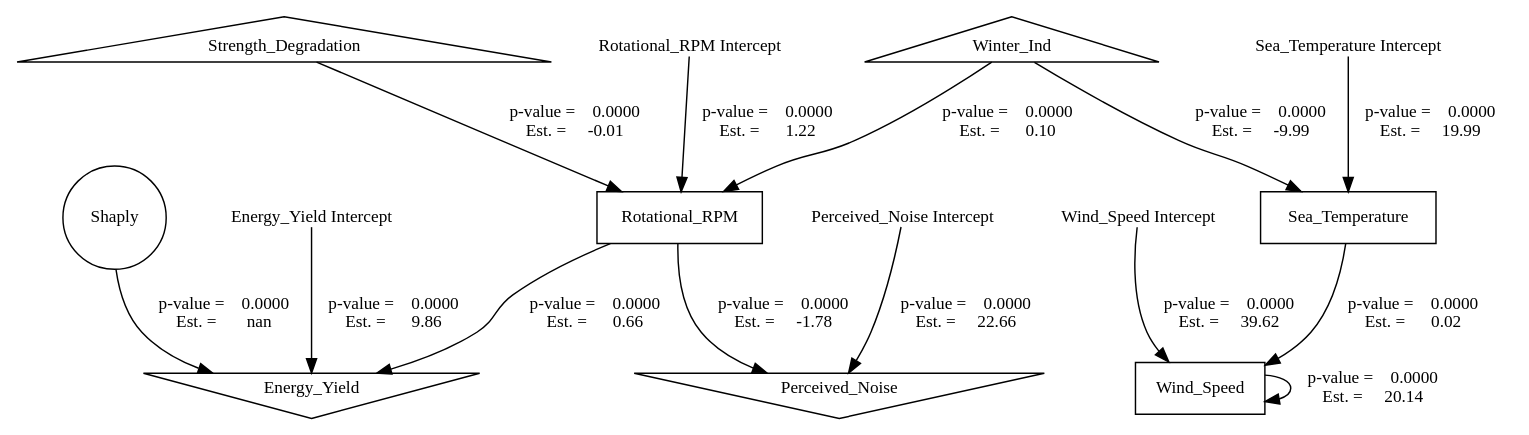
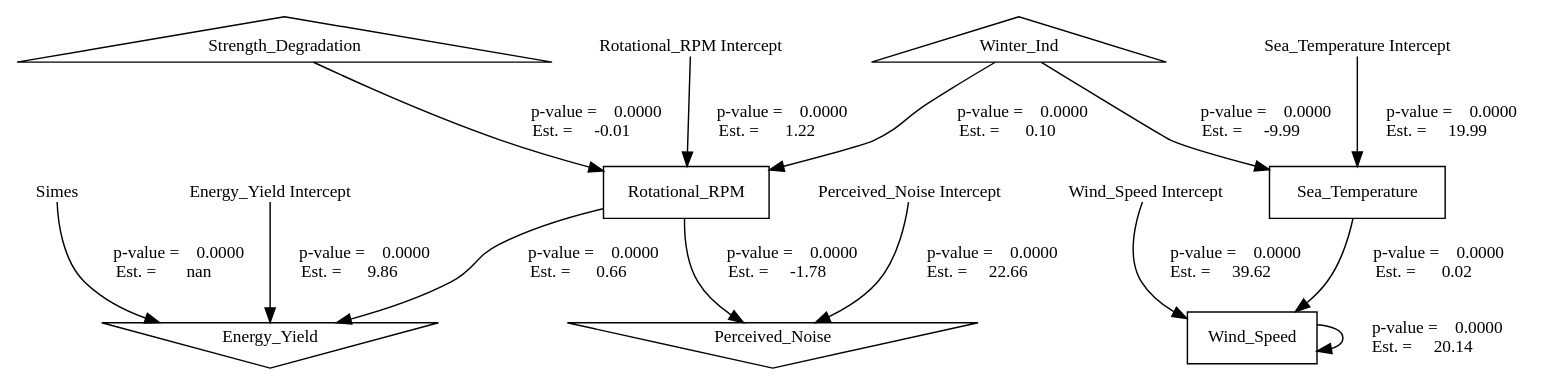
Before and after one commit to elikling/FDCR_causality: the diagram in notebooks/FDCR_model_estimates_01.gv, drawn with Graphviz. The commit also changed 16 other files, not shown here.

```diff
--- a/notebooks/FDCR_model_estimates_01.gv
+++ b/notebooks/FDCR_model_estimates_01.gv
@@ -1,61 +1,61 @@
 digraph FDCR_model_estimates_01 {
 	overlap=scale
 	splines=True
 	edge [fontsize=12]
 	node [fillcolor=white]
 	node [color=black]
 	node [shape=""]
 	node [style=filled]
 	node [fontsize=12]
-	node [shape=circle]
-	Shaply [label=Shaply]
+	node [shape=plain]
+	Simes [label=Simes]
 	node [shape=triangle]
 	Winter_Ind [label=Winter_Ind]
 	Strength_Degradation [label=Strength_Degradation]
-	Shaply [label=Shaply]
+	Simes [label=Simes]
 	node [shape=invtriangle]
 	Energy_Yield [label=Energy_Yield]
 	Perceived_Noise [label=Perceived_Noise]
 	node [shape=box]
 	Sea_Temperature [label=Sea_Temperature]
 	Wind_Speed [label=Wind_Speed]
 	Rotational_RPM [label=Rotational_RPM]
 	Energy_Yield [label=Energy_Yield]
 	Perceived_Noise [label=Perceived_Noise]
 	Winter_Ind [label=Winter_Ind]
 	Strength_Degradation [label=Strength_Degradation]
 	node [shape=plain]
 	node [fillcolor=white]
 	node [color=white]
 	"Sea_Temperature Intercept" [label="Sea_Temperature Intercept"]
 	"Wind_Speed Intercept" [label="Wind_Speed Intercept"]
 	"Rotational_RPM Intercept" [label="Rotational_RPM Intercept"]
 	"Energy_Yield Intercept" [label="Energy_Yield Intercept"]
 	"Perceived_Noise Intercept" [label="Perceived_Noise Intercept"]
-	"Sea_Temperature Intercept" -> Sea_Temperature [label="p-value =    0.0000
- Est. =     19.99" color=black lblstyle="above, sloped"]
-	Winter_Ind -> Sea_Temperature [label="p-value =    0.0000
- Est. =     -9.99" color=black lblstyle="above, sloped"]
-	"Wind_Speed Intercept" -> Wind_Speed [label="p-value =    0.0000
- Est. =     39.62" color=black lblstyle="above, sloped"]
-	Sea_Temperature -> Wind_Speed [label="p-value =    0.0000
- Est. =      0.02" color=black lblstyle="above, sloped"]
-	Wind_Speed -> Wind_Speed [label="p-value =    0.0000
- Est. =     20.14" color=black lblstyle="above, sloped"]
-	"Rotational_RPM Intercept" -> Rotational_RPM [label="p-value =    0.0000
- Est. =      1.22" color=black lblstyle="above, sloped"]
-	Strength_Degradation -> Rotational_RPM [label="p-value =    0.0000
- Est. =     -0.01" color=black lblstyle="above, sloped"]
-	Winter_Ind -> Rotational_RPM [label="p-value =    0.0000
- Est. =      0.10" color=black lblstyle="above, sloped"]
-	"Energy_Yield Intercept" -> Energy_Yield [label="p-value =    0.0000
- Est. =      9.86" color=black lblstyle="above, sloped"]
-	Rotational_RPM -> Energy_Yield [label="p-value =    0.0000
- Est. =      0.66" color=black lblstyle="above, sloped"]
-	"Perceived_Noise Intercept" -> Perceived_Noise [label="p-value =    0.0000
- Est. =     22.66" color=black lblstyle="above, sloped"]
-	Rotational_RPM -> Perceived_Noise [label="p-value =    0.0000
- Est. =     -1.78" color=black lblstyle="above, sloped"]
-	Shaply -> Energy_Yield [label="p-value =    0.0000
- Est. =       nan" color=black lblstyle="above, sloped"]
+	"Sea_Temperature Intercept" -> Sea_Temperature [label="   p-value =    0.0000
+ Est. =     19.99     " color=black lblstyle="above, sloped"]
+	Winter_Ind -> Sea_Temperature [label="   p-value =    0.0000
+ Est. =     -9.99     " color=black lblstyle="above, sloped"]
+	"Wind_Speed Intercept" -> Wind_Speed [label="   p-value =    0.0000
+ Est. =     39.62     " color=black lblstyle="above, sloped"]
+	Sea_Temperature -> Wind_Speed [label="   p-value =    0.0000
+ Est. =      0.02     " color=black lblstyle="above, sloped"]
+	Wind_Speed -> Wind_Speed [label="   p-value =    0.0000
+ Est. =     20.14     " color=black lblstyle="above, sloped"]
+	"Rotational_RPM Intercept" -> Rotational_RPM [label="   p-value =    0.0000
+ Est. =      1.22     " color=black lblstyle="above, sloped"]
+	Strength_Degradation -> Rotational_RPM [label="   p-value =    0.0000
+ Est. =     -0.01     " color=black lblstyle="above, sloped"]
+	Winter_Ind -> Rotational_RPM [label="   p-value =    0.0000
+ Est. =      0.10     " color=black lblstyle="above, sloped"]
+	"Energy_Yield Intercept" -> Energy_Yield [label="   p-value =    0.0000
+ Est. =      9.86     " color=black lblstyle="above, sloped"]
+	Rotational_RPM -> Energy_Yield [label="   p-value =    0.0000
+ Est. =      0.66     " color=black lblstyle="above, sloped"]
+	"Perceived_Noise Intercept" -> Perceived_Noise [label="   p-value =    0.0000
+ Est. =     22.66     " color=black lblstyle="above, sloped"]
+	Rotational_RPM -> Perceived_Noise [label="   p-value =    0.0000
+ Est. =     -1.78     " color=black lblstyle="above, sloped"]
+	Simes -> Energy_Yield [label="   p-value =    0.0000
+ Est. =       nan     " color=black lblstyle="above, sloped"]
 }
```
